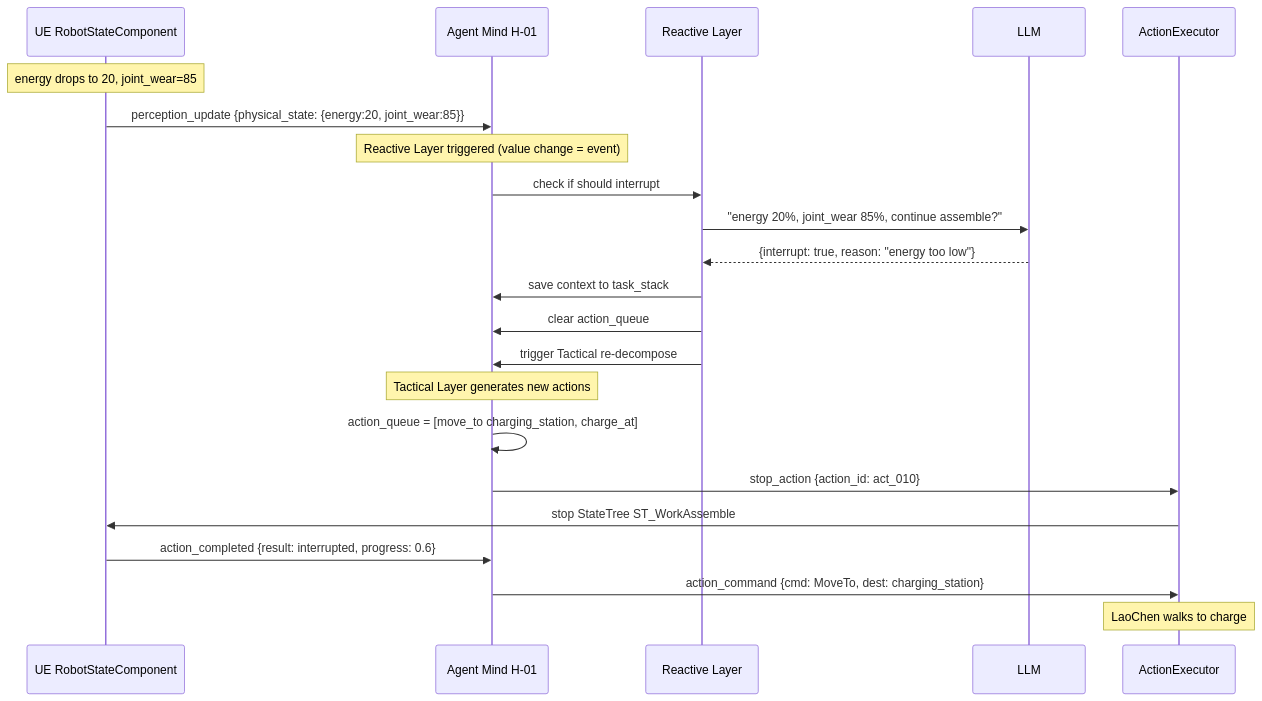
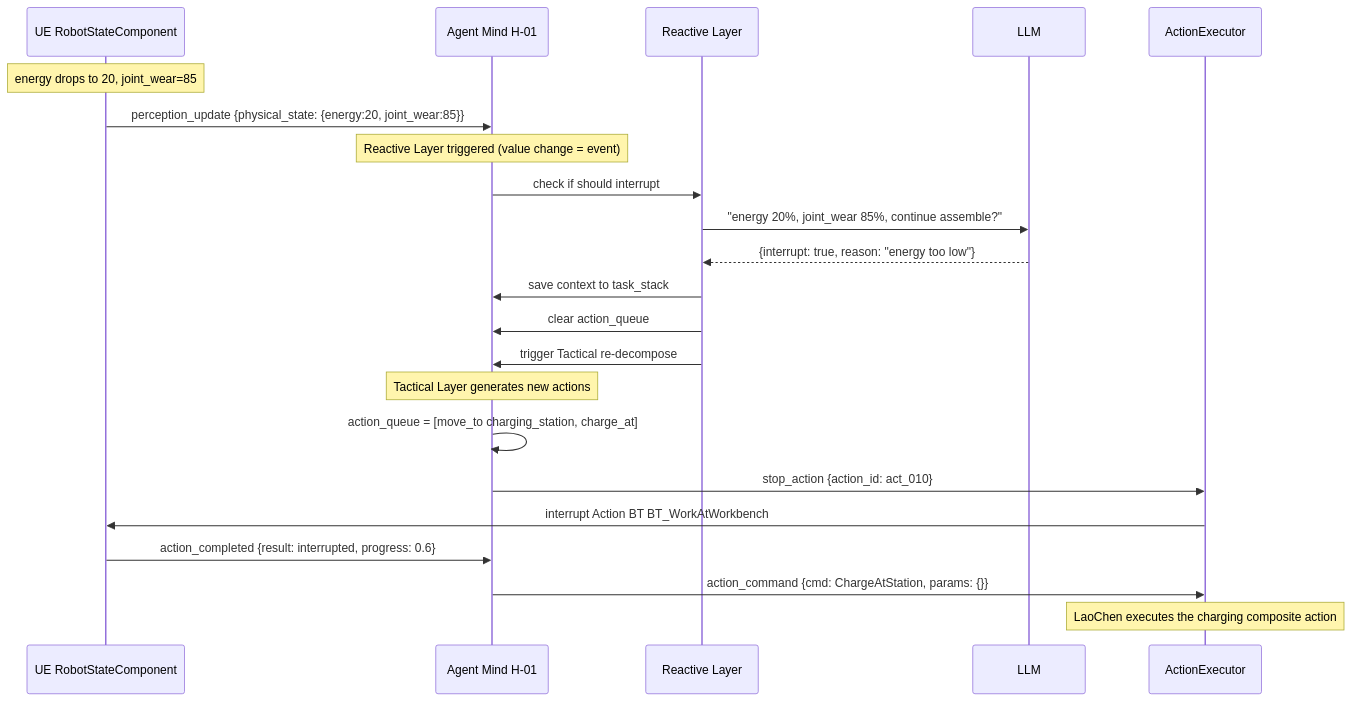
Before and after one commit to yitian-chen/SmartNPC: the sixth of 10 diagrams in docs/AgentTown_CommProtocol_Values.md, drawn with Mermaid. The commit also changed other lines of this file and 3 other files, not shown here.

````diff
--- a/docs/AgentTown_CommProtocol_Values.md
+++ b/docs/AgentTown_CommProtocol_Values.md
@@ -790,31 +1062,31 @@
 ```mermaid
 sequenceDiagram
     participant UE as UE RobotStateComponent
     participant Mind as Agent Mind H-01
     participant React as Reactive Layer
     participant LLM as LLM
     participant Exec as ActionExecutor
 
     Note over UE: energy drops to 20, joint_wear=85
 
     UE->>Mind: perception_update {physical_state: {energy:20, joint_wear:85}}
 
     Note over Mind: Reactive Layer triggered (value change = event)
     Mind->>React: check if should interrupt
     React->>LLM: "energy 20%, joint_wear 85%, continue assemble?"
     LLM-->>React: {interrupt: true, reason: "energy too low"}
 
     React->>Mind: save context to task_stack
     React->>Mind: clear action_queue
     React->>Mind: trigger Tactical re-decompose
 
     Note over Mind: Tactical Layer generates new actions
     Mind->>Mind: action_queue = [move_to charging_station, charge_at]
 
     Mind->>Exec: stop_action {action_id: act_010}
-    Exec->>UE: stop StateTree ST_WorkAssemble
+    Exec->>UE: interrupt Action BT BT_WorkAtWorkbench
     UE->>Mind: action_completed {result: interrupted, progress: 0.6}
 
-    Mind->>Exec: action_command {cmd: MoveTo, dest: charging_station}
-    Note over Exec: LaoChen walks to charge
+    Mind->>Exec: action_command {cmd: ChargeAtStation, params: {}}
+    Note over Exec: LaoChen executes the charging composite action
 ```
````
